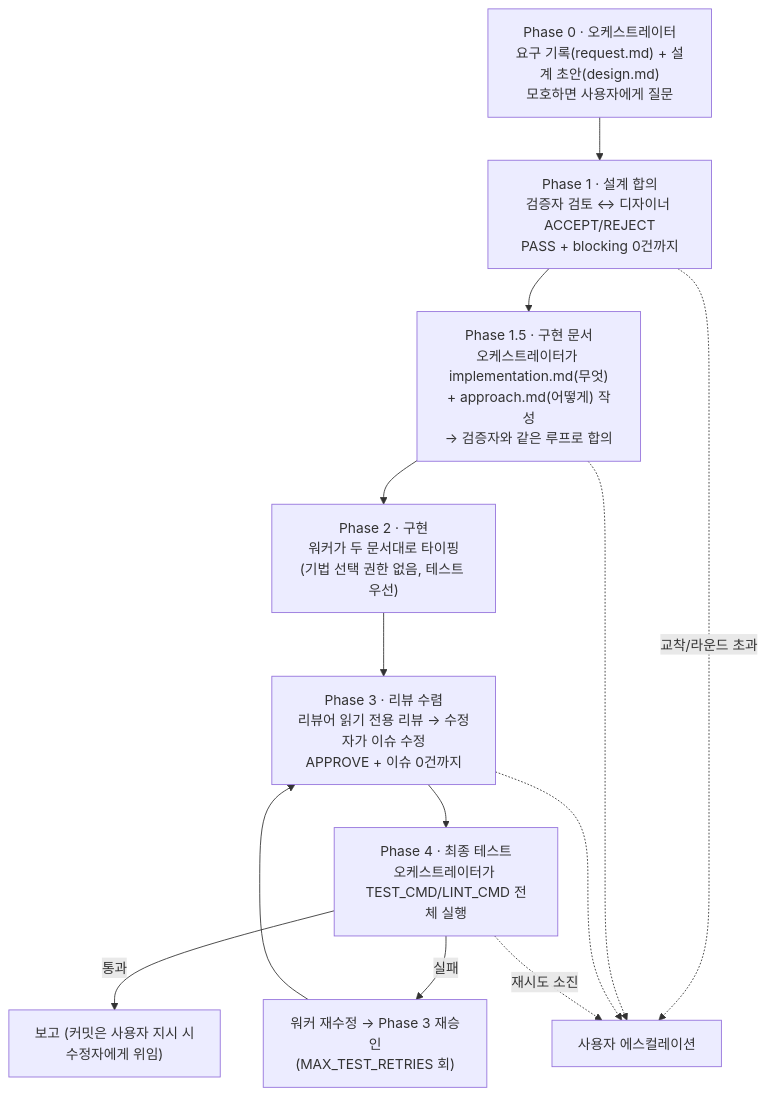
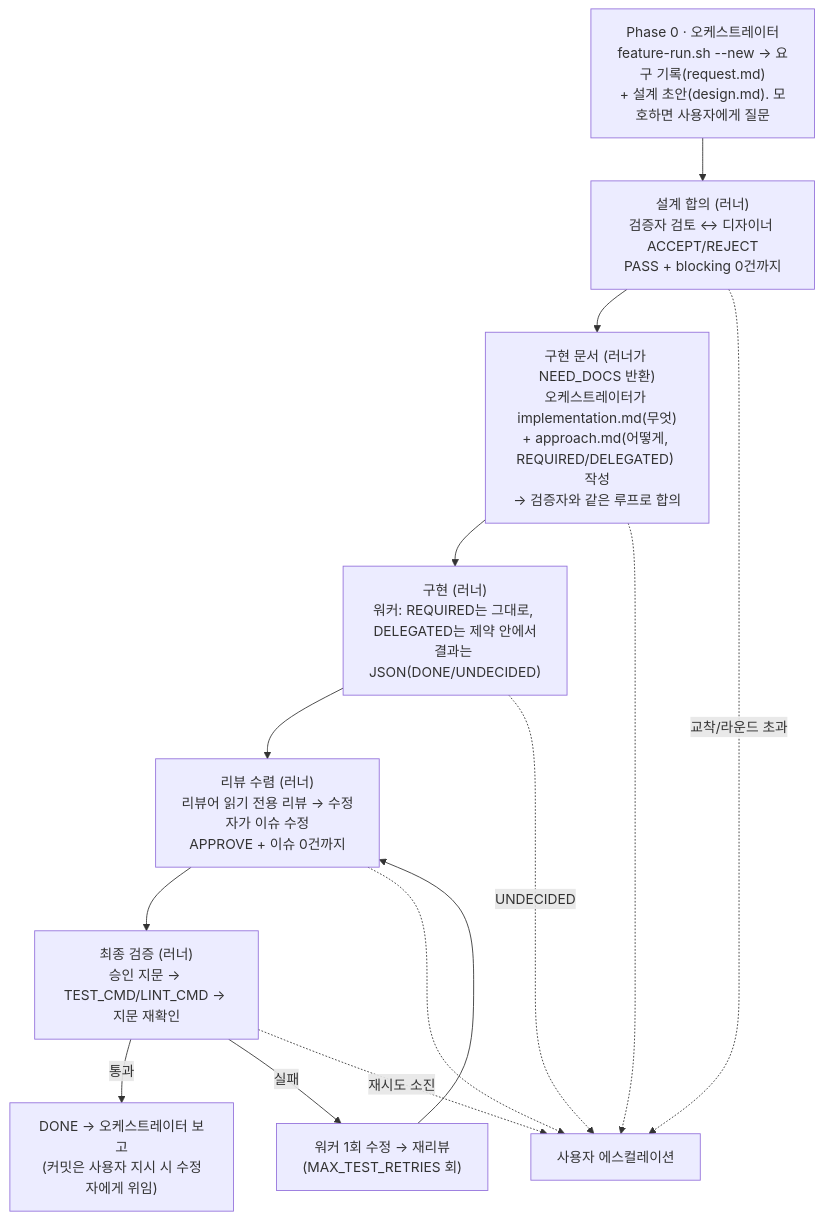
The diagram in README.md (DEV-asdf-516/feature-skill), drawn with Mermaid before and after one commit. The commit also changed other lines of this file and 11 other files, not shown here.

First line of the commit message:
feat: feature-run.sh 러너로 결정론적 제어 분리 + approach.md REQUIRED/DELEGATED 2계층

````diff
--- a/README.md
+++ b/README.md
@@ -23,14 +23,15 @@
 ```mermaid
 flowchart TD
-    P0["Phase 0 · 오케스트레이터\n요구 기록(request.md) + 설계 초안(design.md)\n모호하면 사용자에게 질문"] --> P1
-    P1["Phase 1 · 설계 합의\n검증자 검토 ↔ 디자이너 ACCEPT/REJECT\nPASS + blocking 0건까지"] --> P15
-    P15["Phase 1.5 · 구현 문서\n오케스트레이터가 implementation.md(무엇)\n+ approach.md(어떻게) 작성\n→ 검증자와 같은 루프로 합의"] --> P2
-    P2["Phase 2 · 구현\n워커가 두 문서대로 타이핑\n(기법 선택 권한 없음, 테스트 우선)"] --> P3
-    P3["Phase 3 · 리뷰 수렴\n리뷰어 읽기 전용 리뷰 → 수정자가 이슈 수정\nAPPROVE + 이슈 0건까지"] --> P4
-    P4["Phase 4 · 최종 테스트\n오케스트레이터가 TEST_CMD/LINT_CMD 전체 실행"] -->|통과| DONE["보고 (커밋은 사용자 지시 시\n수정자에게 위임)"]
-    P4 -->|실패| P2R["워커 재수정 → Phase 3 재승인\n(MAX_TEST_RETRIES 회)"] --> P3
+    P0["Phase 0 · 오케스트레이터\nfeature-run.sh --new → 요구 기록(request.md)\n+ 설계 초안(design.md). 모호하면 사용자에게 질문"] --> P1
+    P1["설계 합의 (러너)\n검증자 검토 ↔ 디자이너 ACCEPT/REJECT\nPASS + blocking 0건까지"] --> P15
+    P15["구현 문서 (러너가 NEED_DOCS 반환)\n오케스트레이터가 implementation.md(무엇)\n+ approach.md(어떻게, REQUIRED/DELEGATED) 작성\n→ 검증자와 같은 루프로 합의"] --> P2
+    P2["구현 (러너)\n워커: REQUIRED는 그대로, DELEGATED는 제약 안에서\n결과는 JSON(DONE/UNDECIDED)"] --> P3
+    P3["리뷰 수렴 (러너)\n리뷰어 읽기 전용 리뷰 → 수정자가 이슈 수정\nAPPROVE + 이슈 0건까지"] --> P4
+    P4["최종 검증 (러너)\n승인 지문 → TEST_CMD/LINT_CMD → 지문 재확인"] -->|통과| DONE["DONE → 오케스트레이터 보고\n(커밋은 사용자 지시 시 수정자에게 위임)"]
+    P4 -->|실패| P2R["워커 1회 수정 → 재리뷰\n(MAX_TEST_RETRIES 회)"] --> P3
+    P2 -.UNDECIDED.-> ESC
     P1 -.교착/라운드 초과.-> ESC["사용자 에스컬레이션"]
     P15 -.-> ESC
     P3 -.-> ESC
     P4 -.재시도 소진.-> ESC
 ```
````
